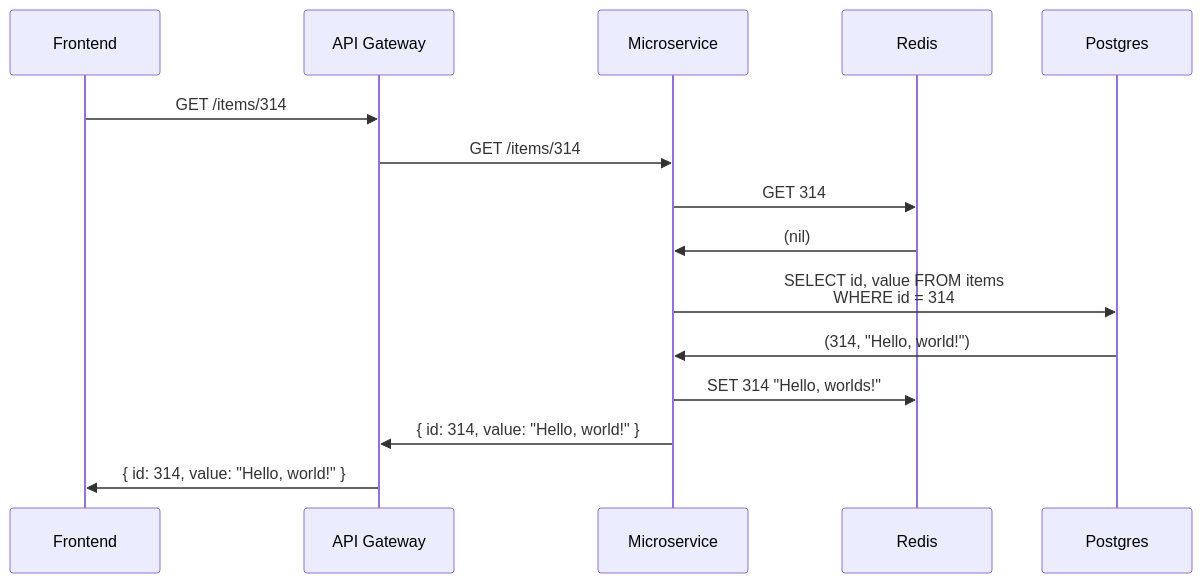
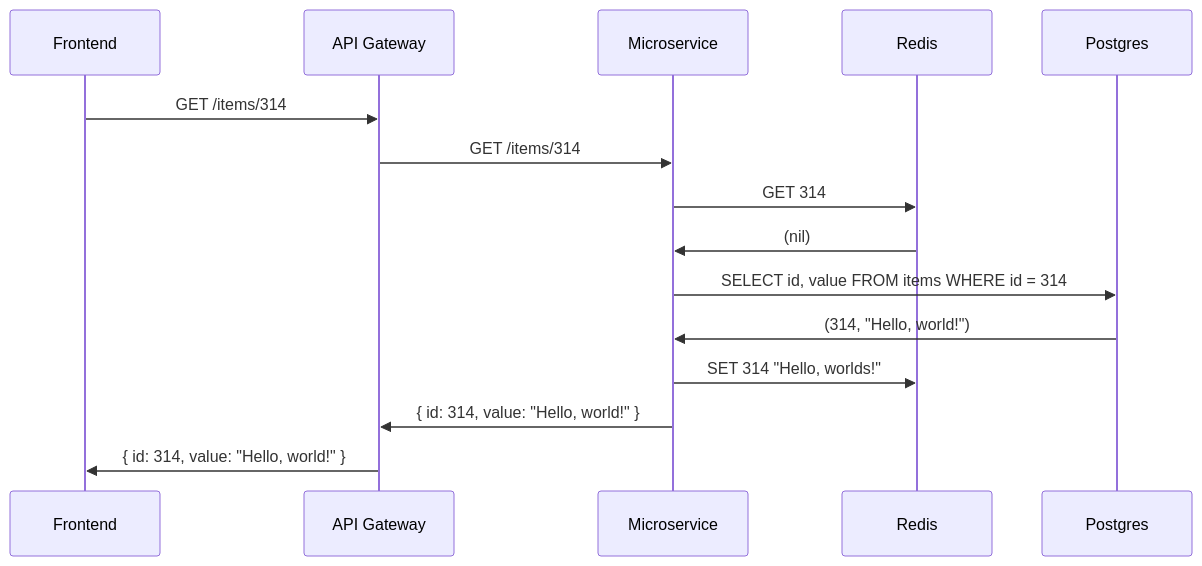
One commit to markshevchenko/team-battles changed the diagram in shortball.md. Above: the diagram before and after it, drawn with Mermaid. The commit also changed other lines of this file, not shown here.

````diff
--- a/shortball.md
+++ b/shortball.md
@@ -35,17 +35,17 @@
 ```mermaid
 sequenceDiagram
   participant Frontend
   participant API Gateway
   participant Microservice
   participant Redis
   participant Postgres
   Frontend->>API Gateway: GET /items/314
   API Gateway->>Microservice: GET /items/314
   Microservice->>Redis: GET 314
   Redis->>Microservice: (nil)
-  Microservice->>Postgres: SELECT id, value FROM items<br />WHERE id = 314
+  Microservice->>Postgres: SELECT id, value FROM items WHERE id = 314
   Postgres->>Microservice: (314, "Hello, world!")
   Microservice->>Redis: SET 314 "Hello, worlds!"
   Microservice->>API Gateway: { id: 314, value: "Hello, world!" }
   API Gateway->>Frontend: { id: 314, value: "Hello, world!" }
 ```
````
